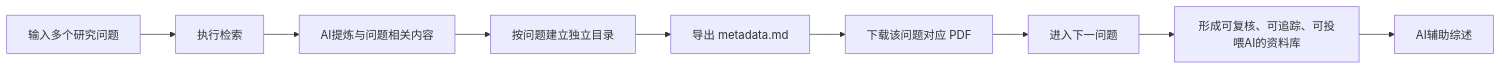
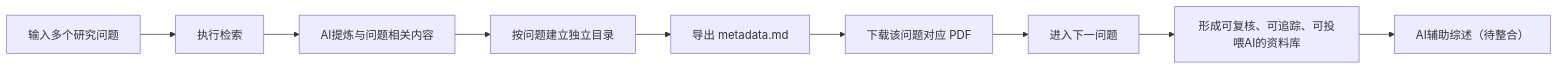
One commit to BRIGHT-YHZ/amazing-research-via-google-scholar-lab changed the diagram in README.md. Above: the diagram before and after it, drawn with Mermaid. The commit also changed other lines of this file, not shown here.

````diff
--- a/README.md
+++ b/README.md
@@ -94,11 +91,11 @@
 ```mermaid
 flowchart LR
     A[输入多个研究问题] --> B[执行检索]
     B --> C[AI提炼与问题相关内容]
     C --> D[按问题建立独立目录]
     D --> E[导出 metadata.md]
     E --> F[下载该问题对应 PDF]
     F --> G[进入下一问题]
     G --> H[形成可复核、可追踪、可投喂AI的资料库]
-    H --> I[AI辅助综述]
+    H --> I[AI辅助综述（待整合）]
 ```
````
